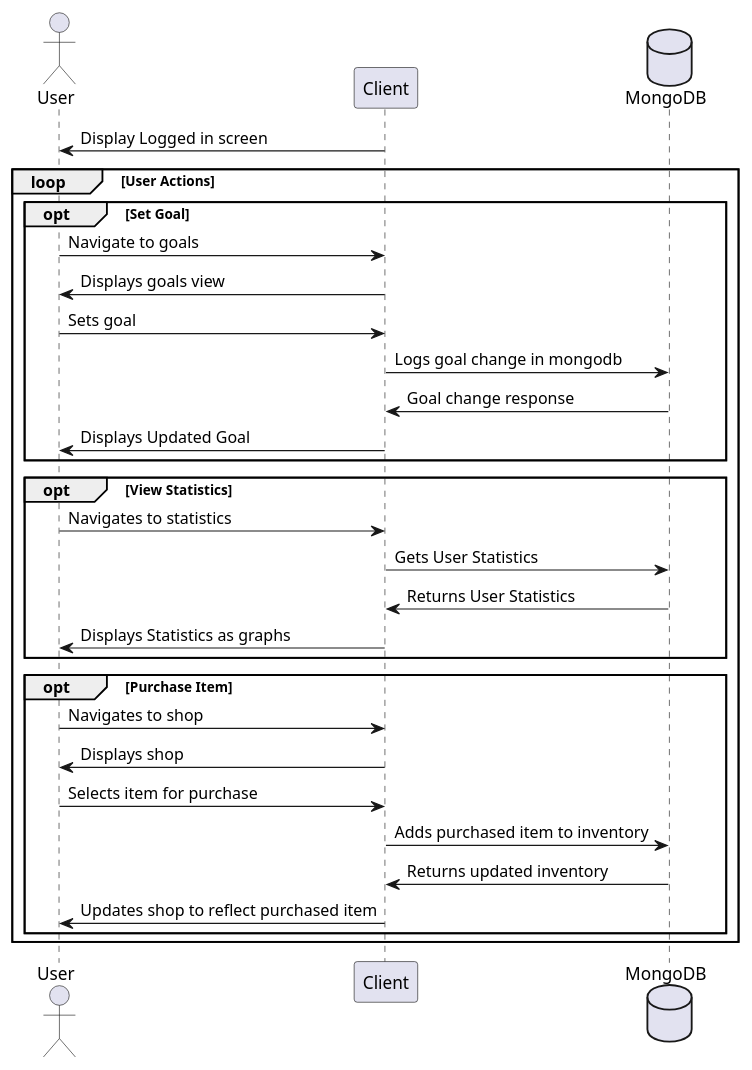
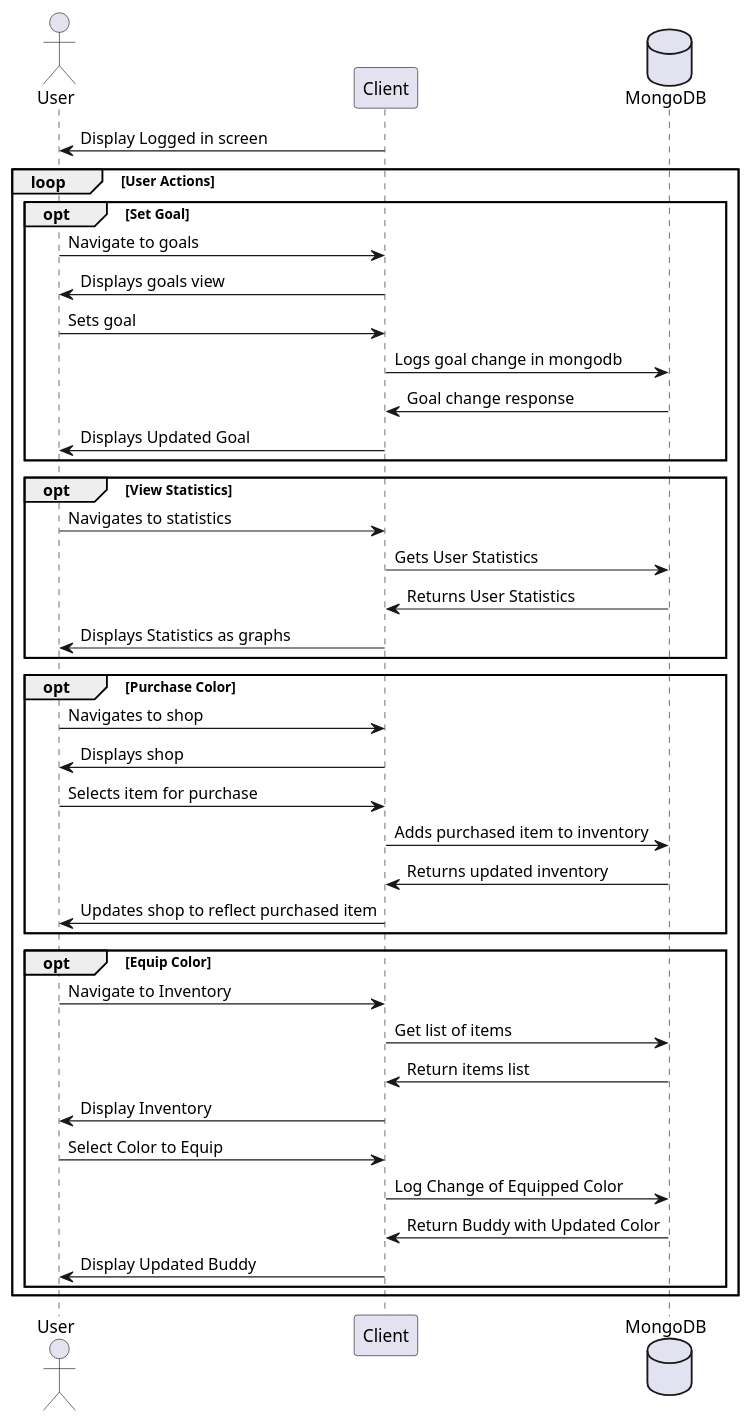
One commit to austinglashure/Diagrams_ScreenBuddy changed the second of 3 diagrams in diagrams.puml. Above: the diagram before and after it, drawn with PlantUML. The commit also changed 2 other files, not shown here.

Commit message:
finished sequence diagrams

```diff
--- a/diagrams.puml
+++ b/diagrams.puml
@@ -52,35 +52,46 @@
 @startuml Mobile Actions
 
 Actor User
 Participant Client
 Database MongoDB
 
 Client -> User: Display Logged in screen
 loop User Actions
     opt Set Goal
         User -> Client: Navigate to goals
         Client -> User: Displays goals view
         User -> Client: Sets goal
         Client -> MongoDB: Logs goal change in mongodb
         MongoDB -> Client: Goal change response
         Client -> User: Displays Updated Goal
     end
 
     opt View Statistics
         User -> Client: Navigates to statistics
         Client -> MongoDB: Gets User Statistics
         MongoDB -> Client: Returns User Statistics
         Client -> User: Displays Statistics as graphs
     end
 
-    opt Purchase Item
+    opt Purchase Color
         User -> Client: Navigates to shop
         Client -> User: Displays shop
         User -> Client: Selects item for purchase
         Client -> MongoDB: Adds purchased item to inventory
         MongoDB -> Client: Returns updated inventory
         Client -> User: Updates shop to reflect purchased item
     end
+
+    opt Equip Color
+        User -> Client: Navigate to Inventory
+        Client -> MongoDB: Get list of items
+        MongoDB -> Client: Return items list
+        Client -> User: Display Inventory
+        User -> Client: Select Color to Equip
+        Client -> MongoDB: Log Change of Equipped Color
+        MongoDB -> Client: Return Buddy with Updated Color
+        Client -> User: Display Updated Buddy
+    end
 end
 
 @enduml
```
